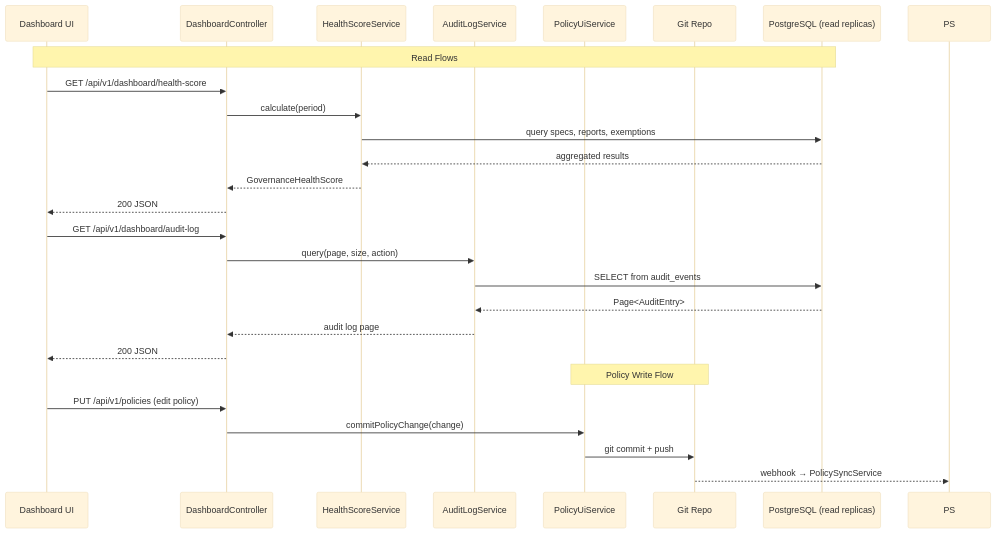
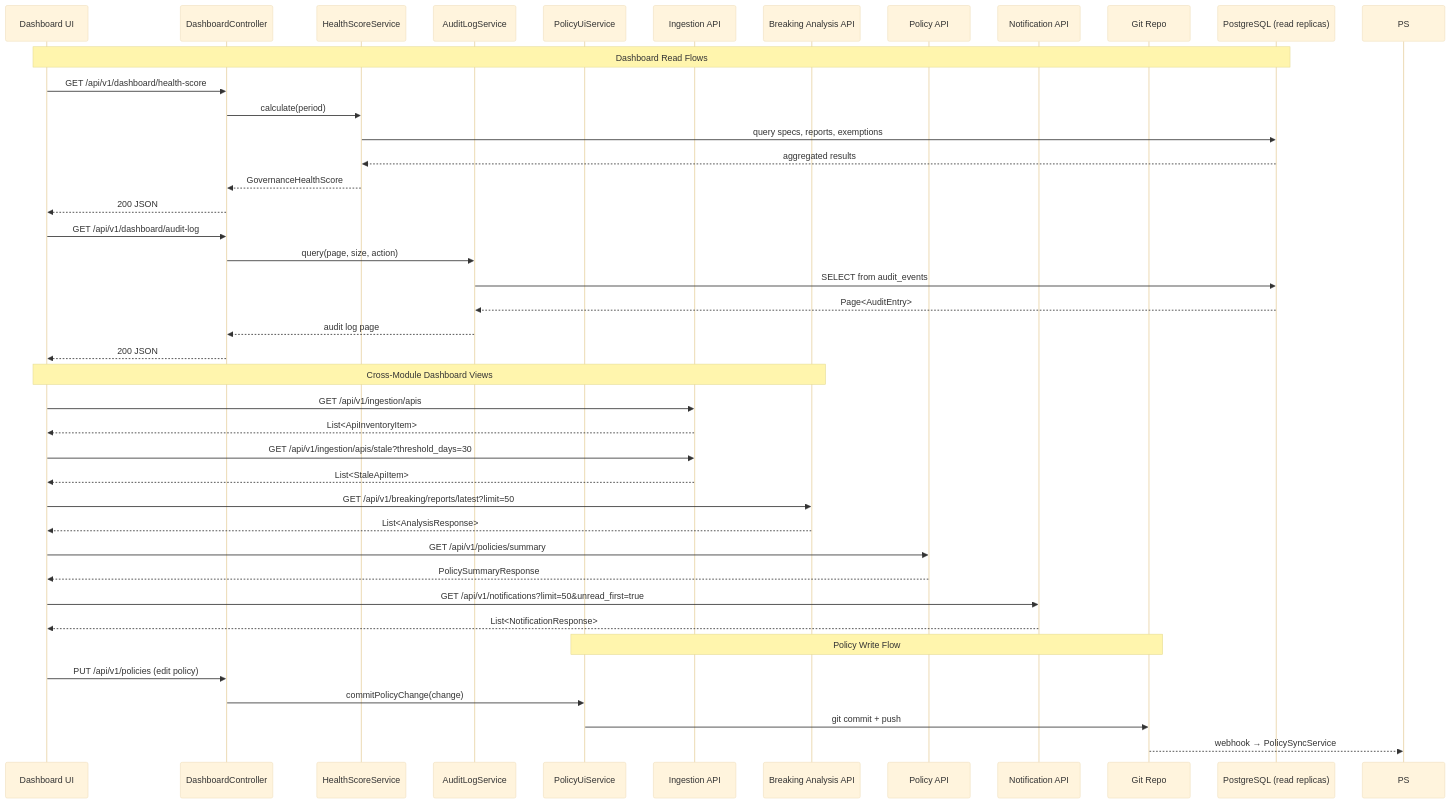
One commit to arman-jalili/Keystone changed the diagram in backend/.pi/architecture/modules/dashboard.md. Above: the diagram before and after it, drawn with Mermaid (base theme). The commit also changed other lines of this file and 29 other files, not shown here.

````diff
--- a/backend/.pi/architecture/modules/dashboard.md
+++ b/backend/.pi/architecture/modules/dashboard.md
@@ -162,31 +162,51 @@
 ```mermaid
 sequenceDiagram
     participant UI as Dashboard UI
     participant DC as DashboardController
     participant HS as HealthScoreService
     participant AL as AuditLogService
     participant PU as PolicyUiService
+    participant IC as Ingestion API
+    participant BA as Breaking Analysis API
+    participant PE as Policy API
+    participant NE as Notification API
     participant GR as Git Repo
     participant PG as PostgreSQL (read replicas)
 
-    Note over UI,PG: Read Flows
+    Note over UI,PG: Dashboard Read Flows
     UI->>DC: GET /api/v1/dashboard/health-score
     DC->>HS: calculate(period)
     HS->>PG: query specs, reports, exemptions
     PG-->>HS: aggregated results
     HS-->>DC: GovernanceHealthScore
     DC-->>UI: 200 JSON
 
     UI->>DC: GET /api/v1/dashboard/audit-log
     DC->>AL: query(page, size, action)
     AL->>PG: SELECT from audit_events
     PG-->>AL: Page<AuditEntry>
     AL-->>DC: audit log page
     DC-->>UI: 200 JSON
 
+    Note over UI,BA: Cross-Module Dashboard Views
+    UI->>IC: GET /api/v1/ingestion/apis
+    IC-->>UI: List<ApiInventoryItem>
+
+    UI->>IC: GET /api/v1/ingestion/apis/stale?threshold_days=30
+    IC-->>UI: List<StaleApiItem>
+
+    UI->>BA: GET /api/v1/breaking/reports/latest?limit=50
+    BA-->>UI: List<AnalysisResponse>
+
+    UI->>PE: GET /api/v1/policies/summary
+    PE-->>UI: PolicySummaryResponse
+
+    UI->>NE: GET /api/v1/notifications?limit=50&unread_first=true
+    NE-->>UI: List<NotificationResponse>
+
     Note over PU,GR: Policy Write Flow
     UI->>DC: PUT /api/v1/policies (edit policy)
     DC->>PU: commitPolicyChange(change)
     PU->>GR: git commit + push
     GR-->>PS: webhook → PolicySyncService
 ```
````
